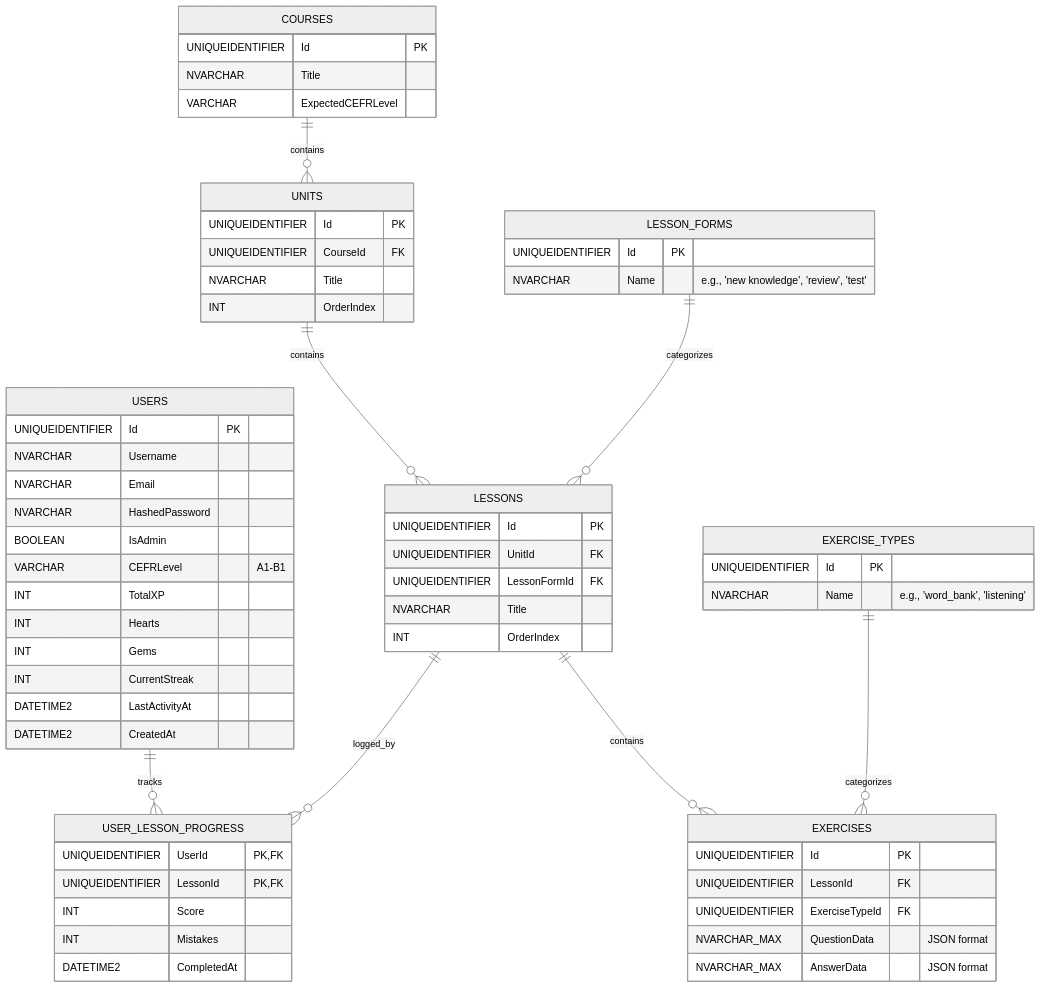
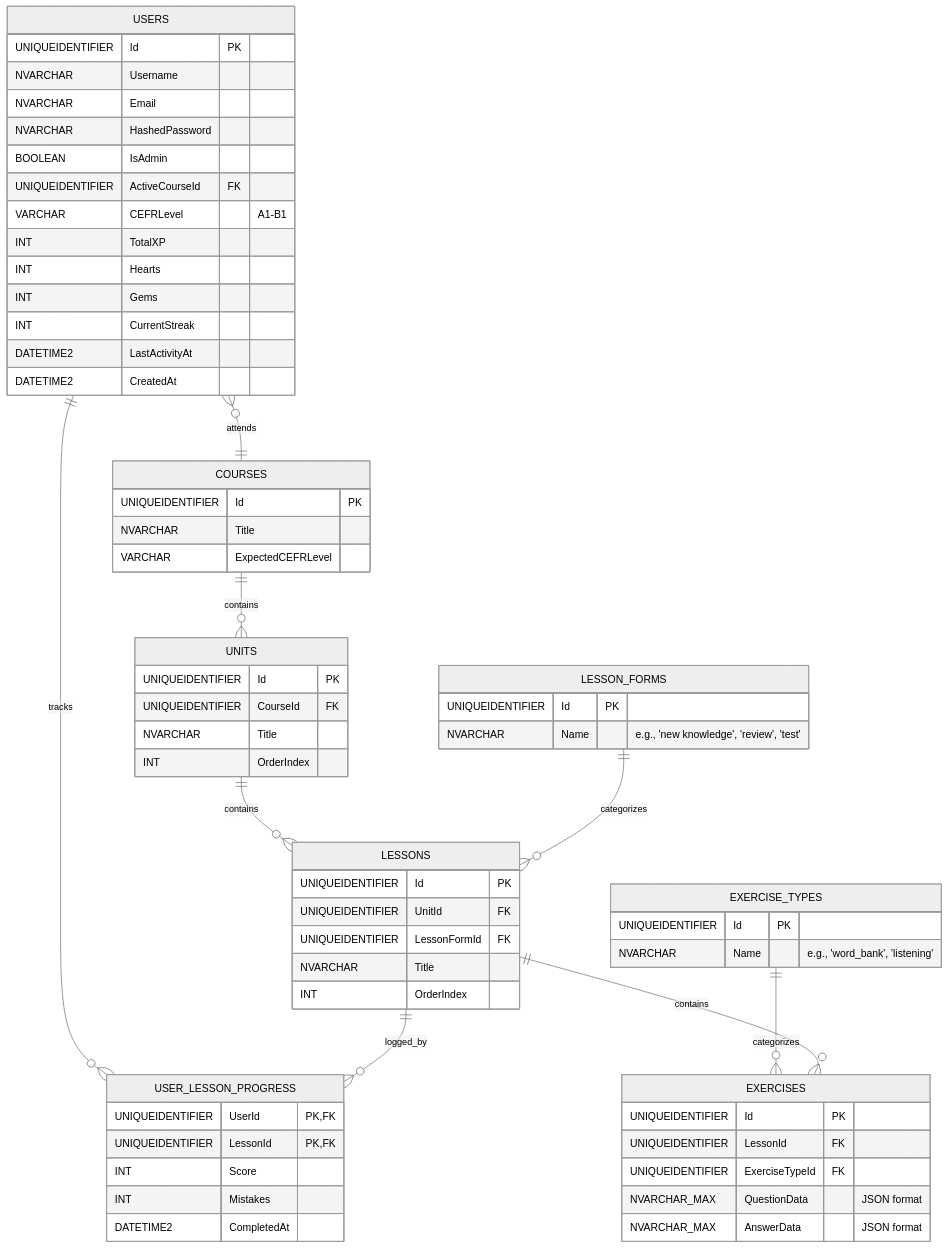
The diagram in Database.md (hungvult/english_learning_platform), drawn with Mermaid (neutral theme) before and after one commit.

Commit message:
update db

````diff
--- a/Database.md
+++ b/Database.md
@@ -1,66 +1,68 @@
 ```mermaid
 erDiagram
     USERS ||--o{ USER_LESSON_PROGRESS : tracks
     COURSES ||--o{ UNITS : contains
+    USERS }o--|| COURSES : attends
     UNITS ||--o{ LESSONS : contains
     LESSON_FORMS ||--o{ LESSONS : categorizes
     EXERCISE_TYPES ||--o{ EXERCISES : categorizes
     LESSONS ||--o{ EXERCISES : contains
     LESSONS ||--o{ USER_LESSON_PROGRESS : logged_by
 
     USERS {
         UNIQUEIDENTIFIER Id PK
         NVARCHAR Username
         NVARCHAR Email
         NVARCHAR HashedPassword
         BOOLEAN IsAdmin
+        UNIQUEIDENTIFIER ActiveCourseId FK
         VARCHAR CEFRLevel "A1-B1"
         INT TotalXP
         INT Hearts
         INT Gems
         INT CurrentStreak
         DATETIME2 LastActivityAt
         DATETIME2 CreatedAt
     }
     COURSES {
         UNIQUEIDENTIFIER Id PK
         NVARCHAR Title
         VARCHAR ExpectedCEFRLevel
     }
     UNITS {
         UNIQUEIDENTIFIER Id PK
         UNIQUEIDENTIFIER CourseId FK
         NVARCHAR Title
         INT OrderIndex
     }
     LESSON_FORMS {
         UNIQUEIDENTIFIER Id PK
         NVARCHAR Name "e.g., 'new knowledge', 'review', 'test'"
     }
     LESSONS {
         UNIQUEIDENTIFIER Id PK
         UNIQUEIDENTIFIER UnitId FK
         UNIQUEIDENTIFIER LessonFormId FK
         NVARCHAR Title
         INT OrderIndex
     }
     EXERCISE_TYPES {
         UNIQUEIDENTIFIER Id PK
         NVARCHAR Name "e.g., 'word_bank', 'listening'"
     }
     EXERCISES {
         UNIQUEIDENTIFIER Id PK
         UNIQUEIDENTIFIER LessonId FK
         UNIQUEIDENTIFIER ExerciseTypeId FK
         NVARCHAR_MAX QuestionData "JSON format"
         NVARCHAR_MAX AnswerData "JSON format"
     }
     USER_LESSON_PROGRESS {
         UNIQUEIDENTIFIER UserId PK, FK
         UNIQUEIDENTIFIER LessonId PK, FK
         INT Score
         INT Mistakes
         DATETIME2 CompletedAt
     }
 
 ```
````
